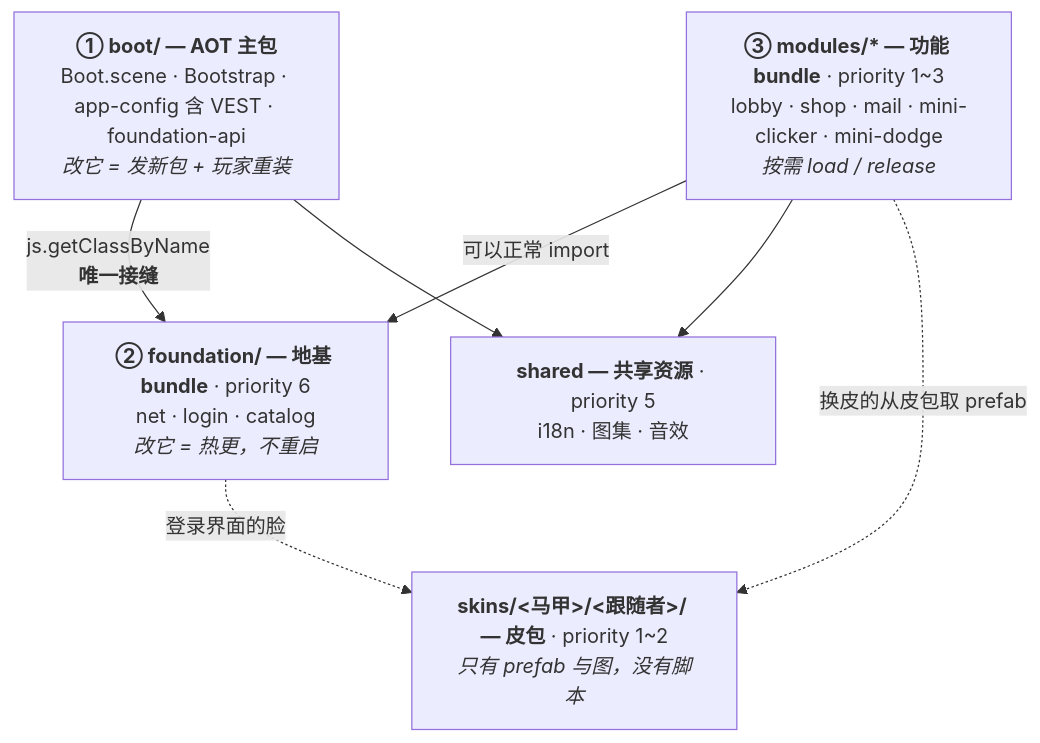
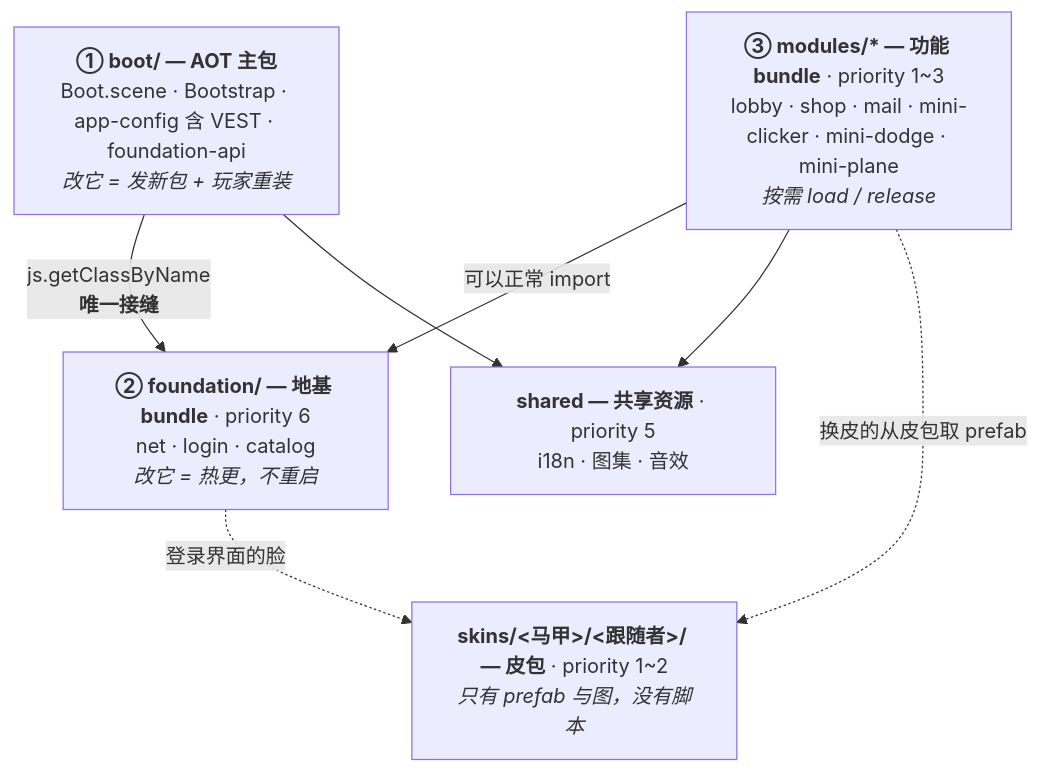
One commit to bearluo/creator-core-kit changed the first of 2 diagrams in apps/demo/docs/bundle-layout.md. Above: the diagram before and after it, drawn with Mermaid. The commit also changed other lines of this file and 31 other files, not shown here.

First line of the commit message:
feat(demo): mini-plane —— 第一个真能玩的功能模块（Kenney tappyplane / CC0）

````diff
--- a/apps/demo/docs/bundle-layout.md
+++ b/apps/demo/docs/bundle-layout.md
@@ -18,15 +18,15 @@
 ```mermaid
 flowchart TB
   boot["<b>① boot/ — AOT 主包</b><br/>Boot.scene · Bootstrap · app-config 含 VEST · foundation-api<br/><i>改它 = 发新包 + 玩家重装</i>"]
   foundation["<b>② foundation/ — 地基 bundle</b> · priority 6<br/>net · login · catalog<br/><i>改它 = 热更，不重启</i>"]
-  modules["<b>③ modules/* — 功能 bundle</b> · priority 1~3<br/>lobby · shop · mail · mini-clicker · mini-dodge<br/><i>按需 load / release</i>"]
+  modules["<b>③ modules/* — 功能 bundle</b> · priority 1~3<br/>lobby · shop · mail · mini-clicker · mini-dodge · mini-plane<br/><i>按需 load / release</i>"]
   shared["<b>shared — 共享资源</b> · priority 5<br/>i18n · 图集 · 音效"]
   skins["<b>skins/&lt;马甲&gt;/&lt;跟随者&gt;/ — 皮包</b> · priority 1~2<br/><i>只有 prefab 与图，没有脚本</i>"]
 
   boot -->|"js.getClassByName<br/><b>唯一接缝</b>"| foundation
   boot --> shared
   modules -->|"可以正常 import"| foundation
   modules --> shared
   modules -.->|"换皮的从皮包取 prefab"| skins
   foundation -.->|"登录界面的脸"| skins
 ```
````
